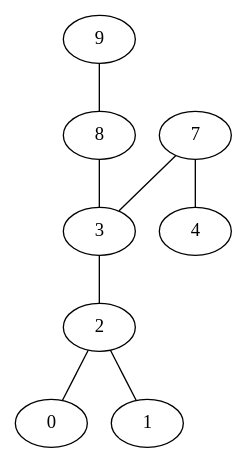
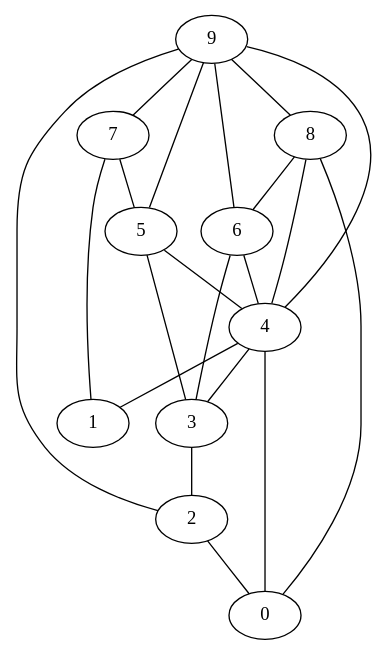
One commit to evlrs/Labyrinthe changed the diagram in partition/Nico/graph_connex_nico.dot. Above: the diagram before and after it, drawn with Graphviz. The commit also changed 18 other files, not shown here.

```diff
--- a/partition/Nico/graph_connex_nico.dot
+++ b/partition/Nico/graph_connex_nico.dot
@@ -1,9 +1,22 @@
 graph {
     2 -- 0;
-    2 -- 1;
     3 -- 2;
-    7 -- 3;
-    7 -- 4;
-    8 -- 3;
+    4 -- 0;
+    4 -- 1;
+    4 -- 3;
+    5 -- 3;
+    5 -- 4;
+    6 -- 3;
+    6 -- 4;
+    7 -- 1;
+    7 -- 5;
+    8 -- 0;
+    8 -- 4;
+    8 -- 6;
+    9 -- 2;
+    9 -- 4;
+    9 -- 5;
+    9 -- 6;
+    9 -- 7;
     9 -- 8;
 }
```
